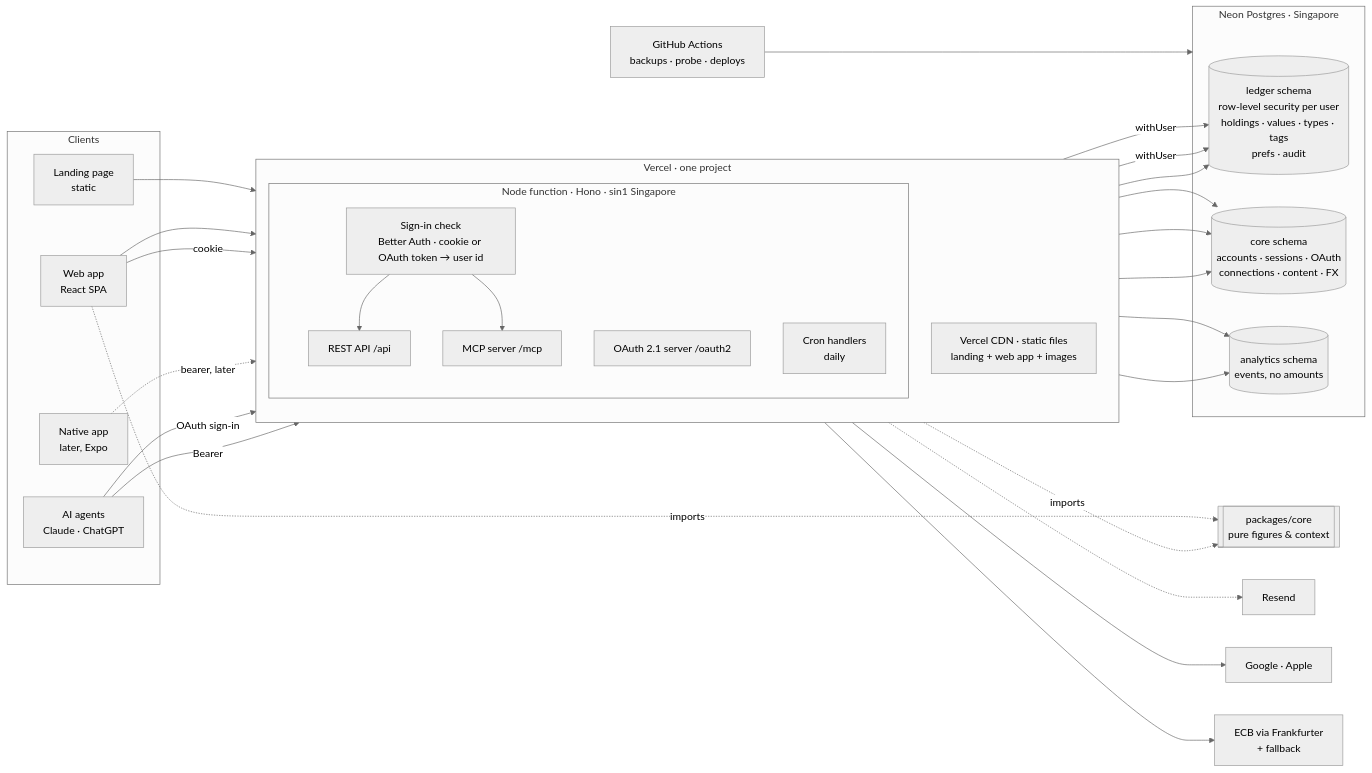
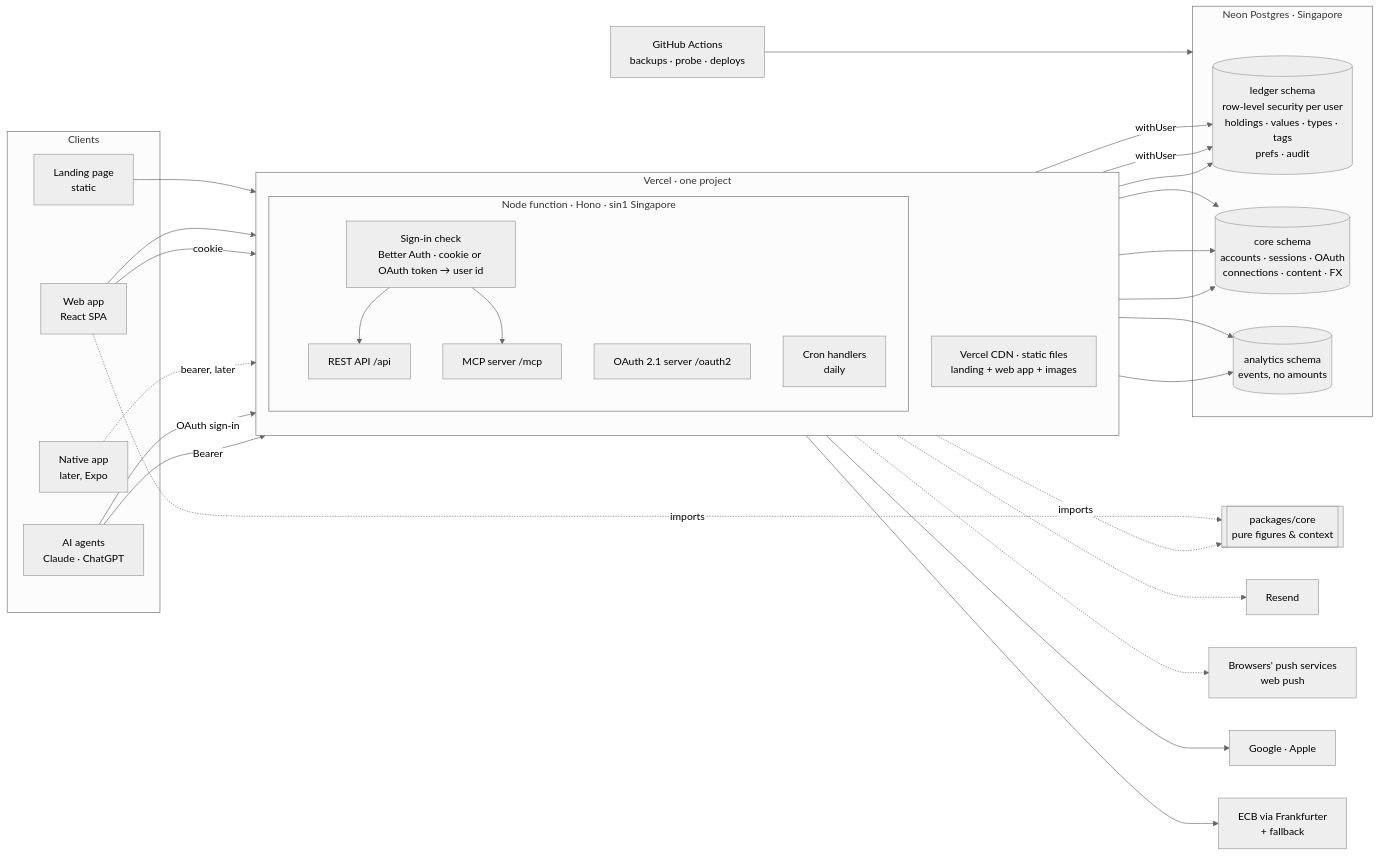
One commit to terrence0488/netnet changed the first of 3 diagrams in docs/03-architecture.md. Above: the diagram before and after it, drawn with Mermaid (neutral theme). The commit also changed other lines of this file and 4 other files, not shown here.

First line of the commit message:
Scope: web push joins v1 as a second reminder channel

````diff
--- a/docs/03-architecture.md
+++ b/docs/03-architecture.md
@@ -113,50 +116,51 @@
 ```mermaid
 flowchart LR
   subgraph clients[Clients]
     LP[Landing page<br/>static]
     WEB[Web app<br/>React SPA]
     AG[AI agents<br/>Claude · ChatGPT]
     NAT[Native app<br/>later, Expo]
   end
 
   subgraph vercel[Vercel · one project]
     direction TB
     STATIC[Vercel CDN · static files<br/>landing + web app + images]
     subgraph fn[Node function · Hono · sin1 Singapore]
       GATE[Sign-in check<br/>Better Auth · cookie or OAuth token → user id]
       API[REST API /api]
       AS[OAuth 2.1 server /oauth2]
       MCP[MCP server /mcp]
       CRON[Cron handlers<br/>daily]
     end
   end
 
   subgraph neon[Neon Postgres · Singapore]
     LEDGER[(ledger schema<br/>row-level security per user<br/>holdings · values · types · tags<br/>prefs · audit)]
     CORE[(core schema<br/>accounts · sessions · OAuth<br/>connections · content · FX)]
     EV[(analytics schema<br/>events, no amounts)]
   end
 
   GH[GitHub Actions<br/>backups · probe · deploys]
   PKG[[packages/core<br/>pure figures & context]]
 
   LP --> STATIC
   WEB --> STATIC
   WEB -->|cookie| GATE
   NAT -.->|bearer, later| GATE
   AG -->|OAuth sign-in| AS
   AG -->|Bearer| GATE
   GATE --> API & MCP
   API -->|withUser| LEDGER
   MCP -->|withUser| LEDGER
   GATE --> CORE
   AS --> CORE
   API & MCP --> EV
   CRON --> CORE & LEDGER
   GH --> neon
   CRON -.-> MAIL[Resend]
+  CRON -.-> PUSH[Browsers' push services<br/>web push]
   GATE --> IDP[Google · Apple]
   CRON --> FX[ECB via Frankfurter<br/>+ fallback]
   WEB -.imports.-> PKG
   fn -.imports.-> PKG
 ```
````
